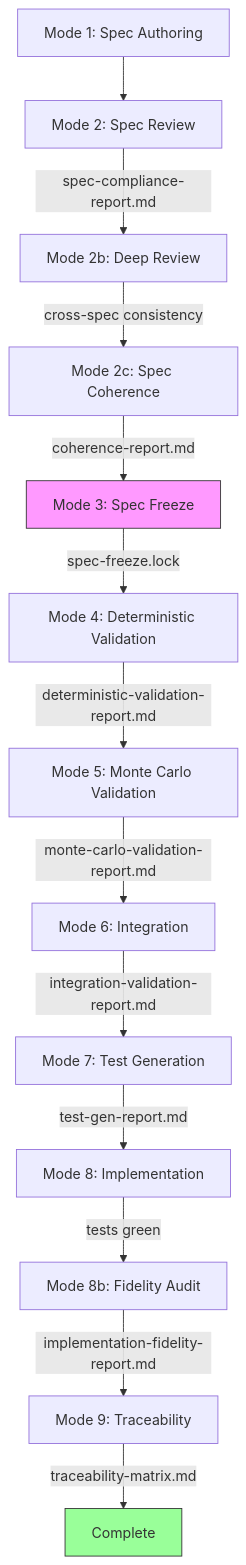
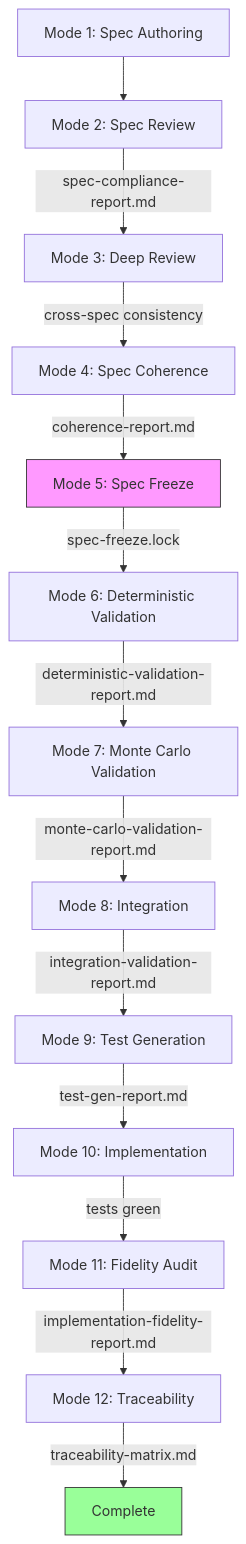
Before and after one commit to robenglander/lumiscape-book: the first of 3 diagrams in chapter-01-engineering-workflow.md, drawn with Mermaid. The commit also changed other lines of this file and 11 other files, not shown here.

First line of the commit message:
12-mode pipeline: renumber chapters, write coherence + freeze chapters, trim ch04

````diff
--- a/chapter-01-engineering-workflow.md
+++ b/chapter-01-engineering-workflow.md
@@ -66,18 +66,18 @@
 ```mermaid
 flowchart TD
     M1["Mode 1: Spec Authoring"] --> M2["Mode 2: Spec Review"]
-    M2 --> |"spec-compliance-report.md"| M2b["Mode 2b: Deep Review"]
-    M2b --> |"cross-spec consistency"| M2c["Mode 2c: Spec Coherence"]
-    M2c --> |"coherence-report.md"| M3["Mode 3: Spec Freeze"]
-    M3 --> |"spec-freeze.lock"| M4["Mode 4: Deterministic Validation"]
-    M4 --> |"deterministic-validation-report.md"| M5["Mode 5: Monte Carlo Validation"]
-    M5 --> |"monte-carlo-validation-report.md"| M6["Mode 6: Integration"]
-    M6 --> |"integration-validation-report.md"| M7["Mode 7: Test Generation"]
-    M7 --> |"test-gen-report.md"| M8["Mode 8: Implementation"]
-    M8 --> |"tests green"| M8b["Mode 8b: Fidelity Audit"]
-    M8b --> |"implementation-fidelity-report.md"| M9["Mode 9: Traceability"]
-    M9 --> |"traceability-matrix.md"| DONE["Complete"]
+    M2 --> |"spec-compliance-report.md"| M3["Mode 3: Deep Review"]
+    M3 --> |"cross-spec consistency"| M4["Mode 4: Spec Coherence"]
+    M4 --> |"coherence-report.md"| M5["Mode 5: Spec Freeze"]
+    M5 --> |"spec-freeze.lock"| M6["Mode 6: Deterministic Validation"]
+    M6 --> |"deterministic-validation-report.md"| M7["Mode 7: Monte Carlo Validation"]
+    M7 --> |"monte-carlo-validation-report.md"| M8["Mode 8: Integration"]
+    M8 --> |"integration-validation-report.md"| M9["Mode 9: Test Generation"]
+    M9 --> |"test-gen-report.md"| M10["Mode 10: Implementation"]
+    M10 --> |"tests green"| M11["Mode 11: Fidelity Audit"]
+    M11 --> |"implementation-fidelity-report.md"| M12["Mode 12: Traceability"]
+    M12 --> |"traceability-matrix.md"| DONE["Complete"]
 
-    style M3 fill:#f9f,stroke:#333
+    style M5 fill:#f9f,stroke:#333
     style DONE fill:#9f9,stroke:#333
 ```
````
